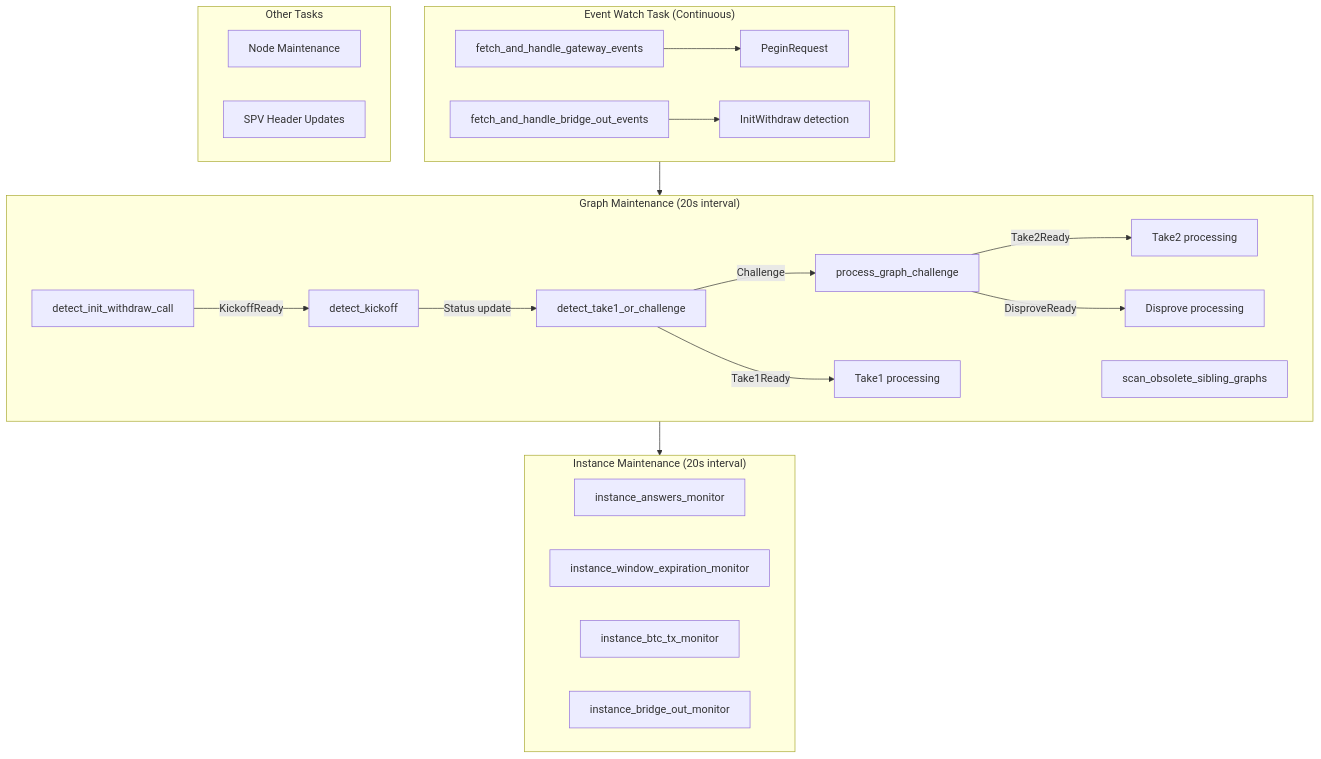
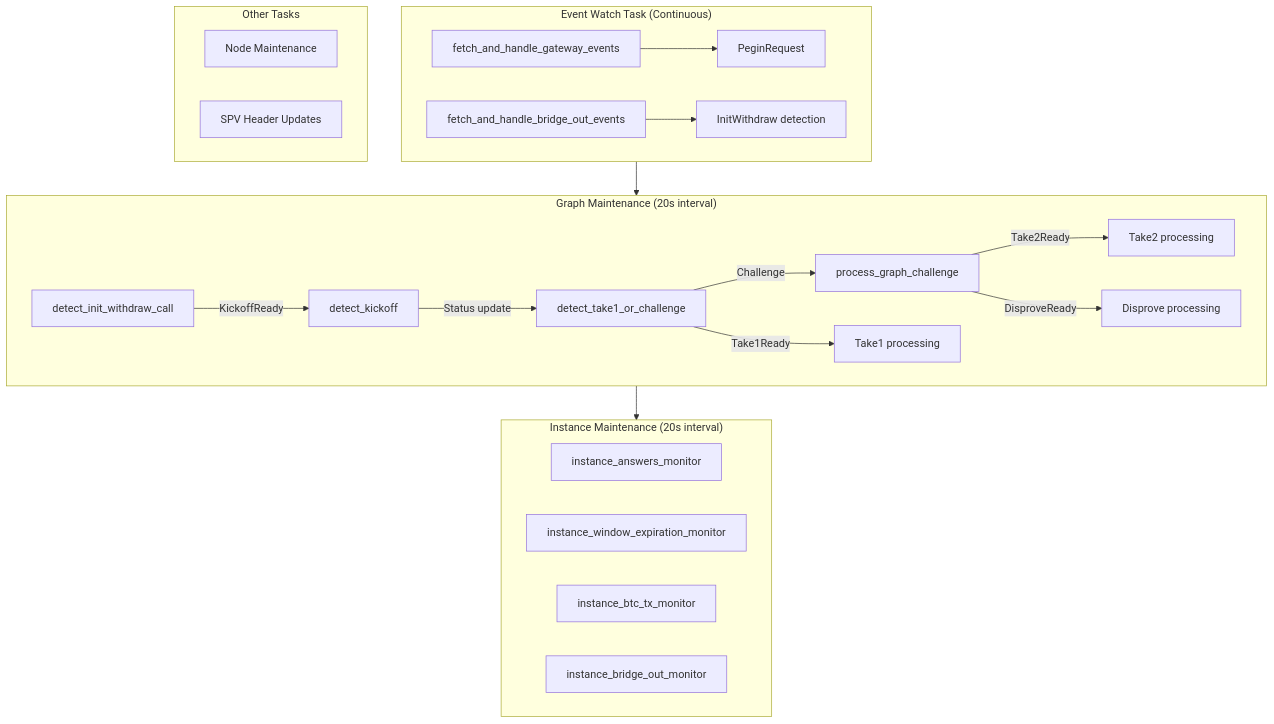
One commit to GOATNetwork/bitvm2-node changed diagram 14 of 14 in node/README.md. Above: the diagram before and after it, drawn with Mermaid. The commit also changed 5 other files, not shown here.

Commit message:
refactor: graph monitor & some handles

````diff
--- a/node/README.md
+++ b/node/README.md
@@ -685,39 +685,38 @@
 ```mermaid
 flowchart TB
     subgraph EventWatch["Event Watch Task (Continuous)"]
         EW1["fetch_and_handle_gateway_events"]
         EW2["fetch_and_handle_bridge_out_events"]
         EW1 --> MSG1["PeginRequest"]
         EW2 --> MSG2["InitWithdraw detection"]
     end
 
     subgraph GraphMaint["Graph Maintenance (20s interval)"]
         GM1["detect_init_withdraw_call"]
         GM2["detect_kickoff"]
         GM3["detect_take1_or_challenge"]
         GM4["process_graph_challenge"]
-        GM5["scan_obsolete_sibling_graphs"]
 
         GM1 -->|"KickoffReady"| GM2
         GM2 -->|"Status update"| GM3
         GM3 -->|"Challenge"| GM4
         GM3 -->|"Take1Ready"| T1["Take1 processing"]
         GM4 -->|"Take2Ready"| T2["Take2 processing"]
         GM4 -->|"DisproveReady"| DP["Disprove processing"]
     end
 
     subgraph InstMaint["Instance Maintenance (20s interval)"]
         IM1["instance_answers_monitor"]
         IM2["instance_window_expiration_monitor"]
         IM3["instance_btc_tx_monitor"]
         IM4["instance_bridge_out_monitor"]
     end
 
     subgraph Other["Other Tasks"]
         NM["Node Maintenance"]
         SPV["SPV Header Updates"]
     end
 
     EventWatch --> GraphMaint
     GraphMaint --> InstMaint
 ```
````
